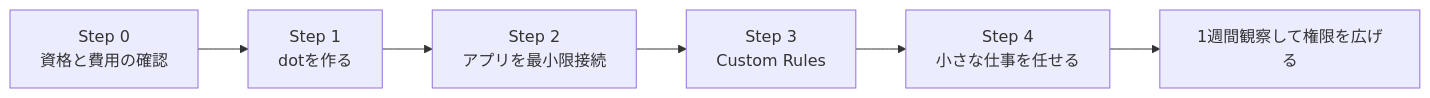
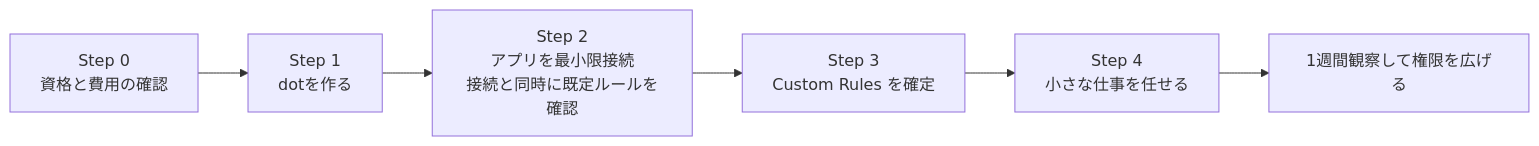
One commit to myoshi2891/Comparison-of-LLMs changed the fifth of 12 diagrams in Openai-dots-best-practices-guide.md. Above: the diagram before and after it, drawn with Mermaid. The commit also changed other lines of this file, not shown here.

Commit message:
docs(openai): make default Custom Rules review part of the app connection step

````diff
--- a/Openai-dots-best-practices-guide.md
+++ b/Openai-dots-best-practices-guide.md
@@ -172,8 +172,8 @@
 ```mermaid
 flowchart LR
   S0["Step 0<br/>資格と費用の確認"] --> S1["Step 1<br/>dotを作る"]
-  S1 --> S2["Step 2<br/>アプリを最小限接続"]
-  S2 --> S3["Step 3<br/>Custom Rules"]
+  S1 --> S2["Step 2<br/>アプリを最小限接続<br/>接続と同時に既定ルールを確認"]
+  S2 --> S3["Step 3<br/>Custom Rules を確定"]
   S3 --> S4["Step 4<br/>小さな仕事を任せる"]
   S4 --> S5["1週間観察して権限を広げる"]
 ```
````
